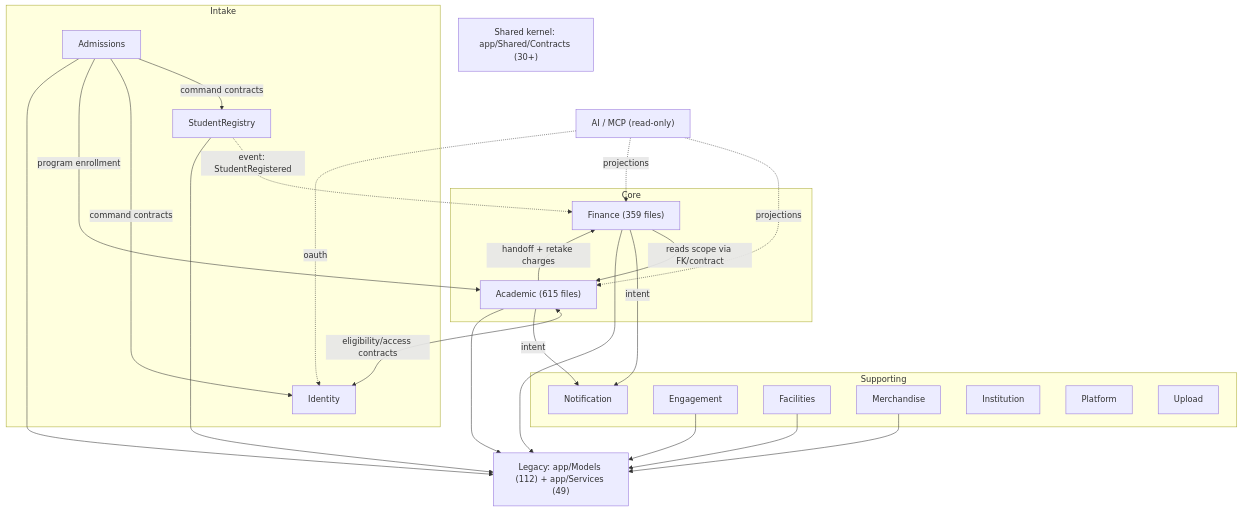
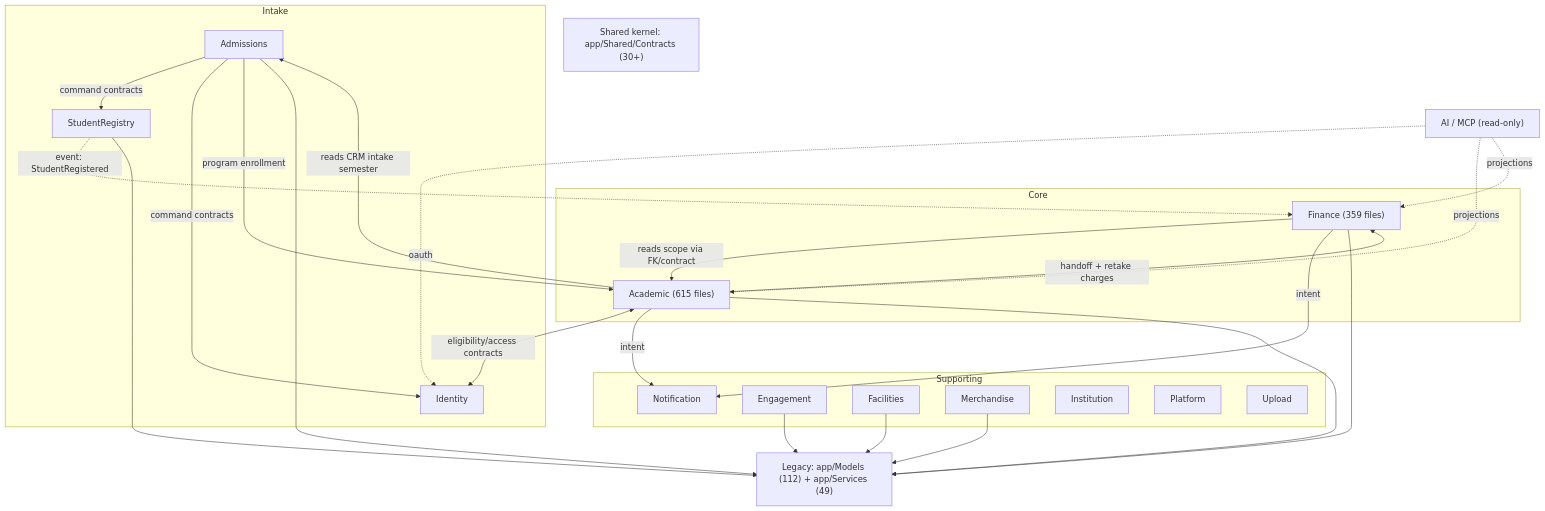
One commit to hieupvXmasEve/admin-portal changed the second of 2 diagrams in docs/module-architecture-map.md. Above: the diagram before and after it, drawn with Mermaid. The commit also changed other lines of this file and 21 other files, not shown here.

````diff
--- a/docs/module-architecture-map.md
+++ b/docs/module-architecture-map.md
@@ -151,46 +152,47 @@
 ```mermaid
 graph TB
     subgraph Intake
         Admissions
         StudentRegistry
         Identity
     end
     subgraph Core
         Academic["Academic (615 files)"]
         Finance["Finance (359 files)"]
     end
     subgraph Supporting
         Notification
         Engagement
         Facilities
         Merchandise
         Institution
         Platform
         Upload
     end
     AI["AI / MCP (read-only)"]
 
     Admissions -->|command contracts| StudentRegistry
     Admissions -->|command contracts| Identity
     Admissions -->|program enrollment| Academic
     StudentRegistry -.->|event: StudentRegistered| Finance
     Academic -->|handoff + retake charges| Finance
     Finance -->|reads scope via FK/contract| Academic
+    Academic -->|reads CRM intake semester| Admissions
     Academic <-->|eligibility/access contracts| Identity
     Academic -->|intent| Notification
     Finance -->|intent| Notification
     AI -.->|projections| Academic
     AI -.->|projections| Finance
     AI -.->|oauth| Identity
 
     Legacy["Legacy: app/Models (112) + app/Services (49)"]
     Academic --> Legacy
     Finance --> Legacy
     Admissions --> Legacy
     Engagement --> Legacy
     Facilities --> Legacy
     Merchandise --> Legacy
     StudentRegistry --> Legacy
 
     Shared["Shared kernel: app/Shared/Contracts (30+)"]
 ```
````
